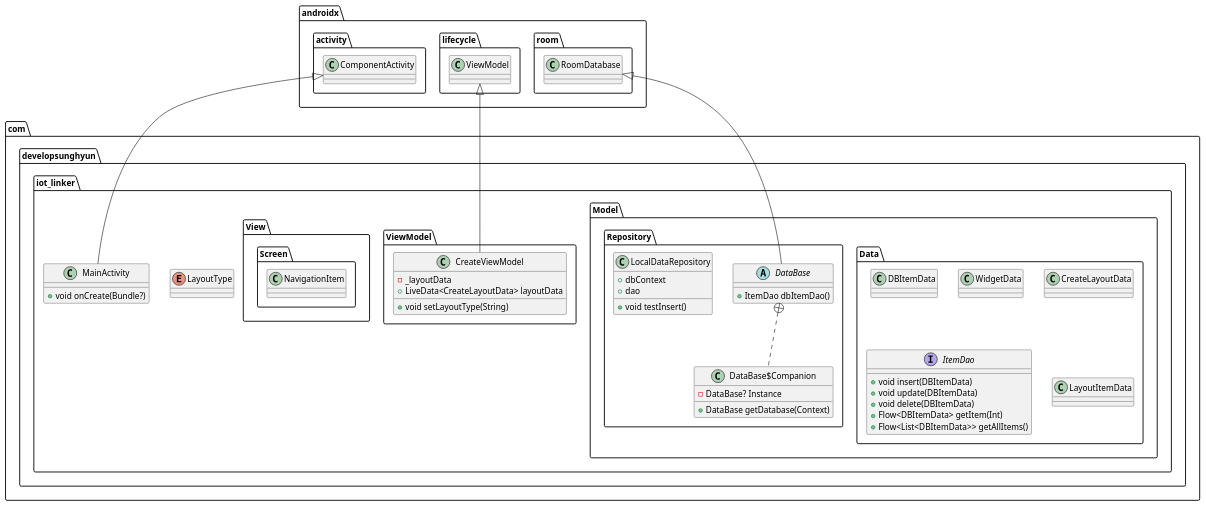
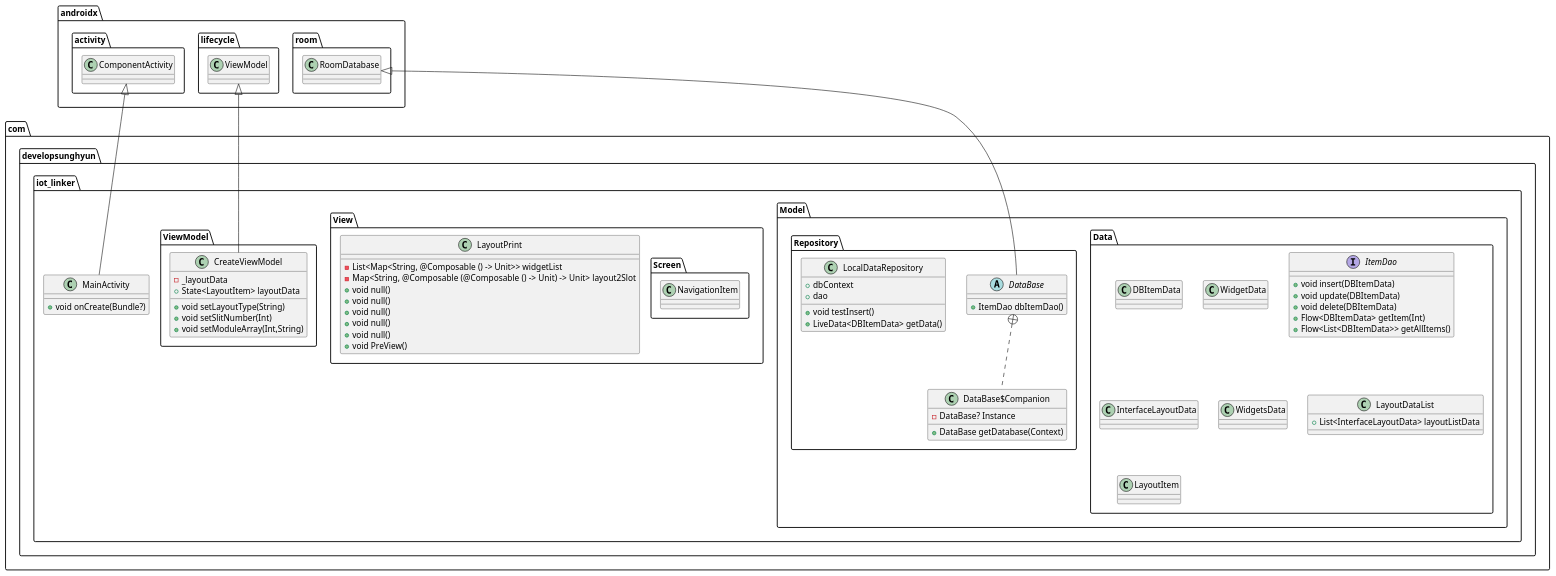
The diagram in test.puml (han-sunghyun/IOT_Linker), drawn with PlantUML before and after one commit. The commit also changed 44 other files, not shown here.

```diff
--- a/test.puml
+++ b/test.puml
@@ -1,56 +1,75 @@
 @startuml
 class com.developsunghyun.iot_linker.Model.Data.DBItemData {
 }
 class com.developsunghyun.iot_linker.Model.Data.WidgetData {
-}
-class com.developsunghyun.iot_linker.Model.Data.CreateLayoutData {
 }
 interface com.developsunghyun.iot_linker.Model.Data.ItemDao {
 + void insert(DBItemData)
 + void update(DBItemData)
 + void delete(DBItemData)
 + Flow<DBItemData> getItem(Int)
 + Flow<List<DBItemData>> getAllItems()
 }
 
+class com.developsunghyun.iot_linker.View.LayoutPrint {
+- List<Map<String, @Composable () -> Unit>> widgetList
+- Map<String,  @Composable (@Composable () -> Unit) -> Unit> layout2Slot
++ void null()
++ void null()
++ void null()
++ void null()
++ void null()
++ void PreView()
+}
+
+
+class com.developsunghyun.iot_linker.Model.Data.InterfaceLayoutData {
+}
 class com.developsunghyun.iot_linker.Model.Repository.DataBase$Companion {
 - DataBase? Instance
 + DataBase getDatabase(Context)
 }
 
 
 abstract class com.developsunghyun.iot_linker.Model.Repository.DataBase {
 + ItemDao dbItemDao()
 }
 
-enum com.developsunghyun.iot_linker.LayoutType {
-}
 class com.developsunghyun.iot_linker.MainActivity {
 + void onCreate(Bundle?)
 }
 
+class com.developsunghyun.iot_linker.Model.Data.WidgetsData {
+}
 class com.developsunghyun.iot_linker.ViewModel.CreateViewModel {
 -  _layoutData
-+ LiveData<CreateLayoutData> layoutData
++ State<LayoutItem> layoutData
 + void setLayoutType(String)
++ void setSlitNumber(Int)
++ void setModuleArray(Int,String)
 }
 
 
-class com.developsunghyun.iot_linker.Model.Data.LayoutItemData {
-}
 class com.developsunghyun.iot_linker.Model.Repository.LocalDataRepository {
 +  dbContext
 +  dao
 + void testInsert()
++ LiveData<DBItemData> getData()
 }
 
 
+class com.developsunghyun.iot_linker.Model.Data.LayoutDataList {
++ List<InterfaceLayoutData> layoutListData
+}
+
 class com.developsunghyun.iot_linker.View.Screen.NavigationItem {
+}
+class com.developsunghyun.iot_linker.Model.Data.LayoutItem {
 }
 
 
 com.developsunghyun.iot_linker.Model.Repository.DataBase +.. com.developsunghyun.iot_linker.Model.Repository.DataBase$Companion
 androidx.room.RoomDatabase <|-- com.developsunghyun.iot_linker.Model.Repository.DataBase
 androidx.activity.ComponentActivity <|-- com.developsunghyun.iot_linker.MainActivity
 androidx.lifecycle.ViewModel <|-- com.developsunghyun.iot_linker.ViewModel.CreateViewModel
 @enduml
```
